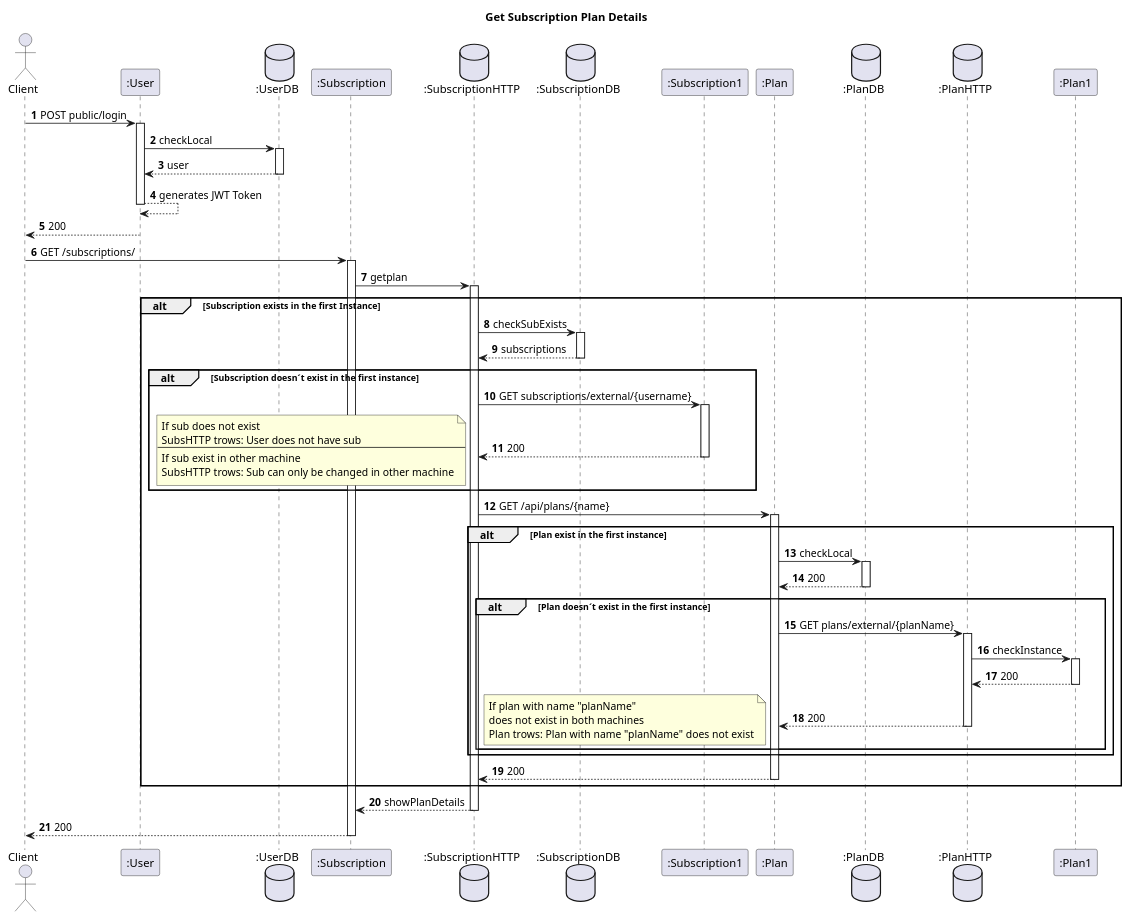
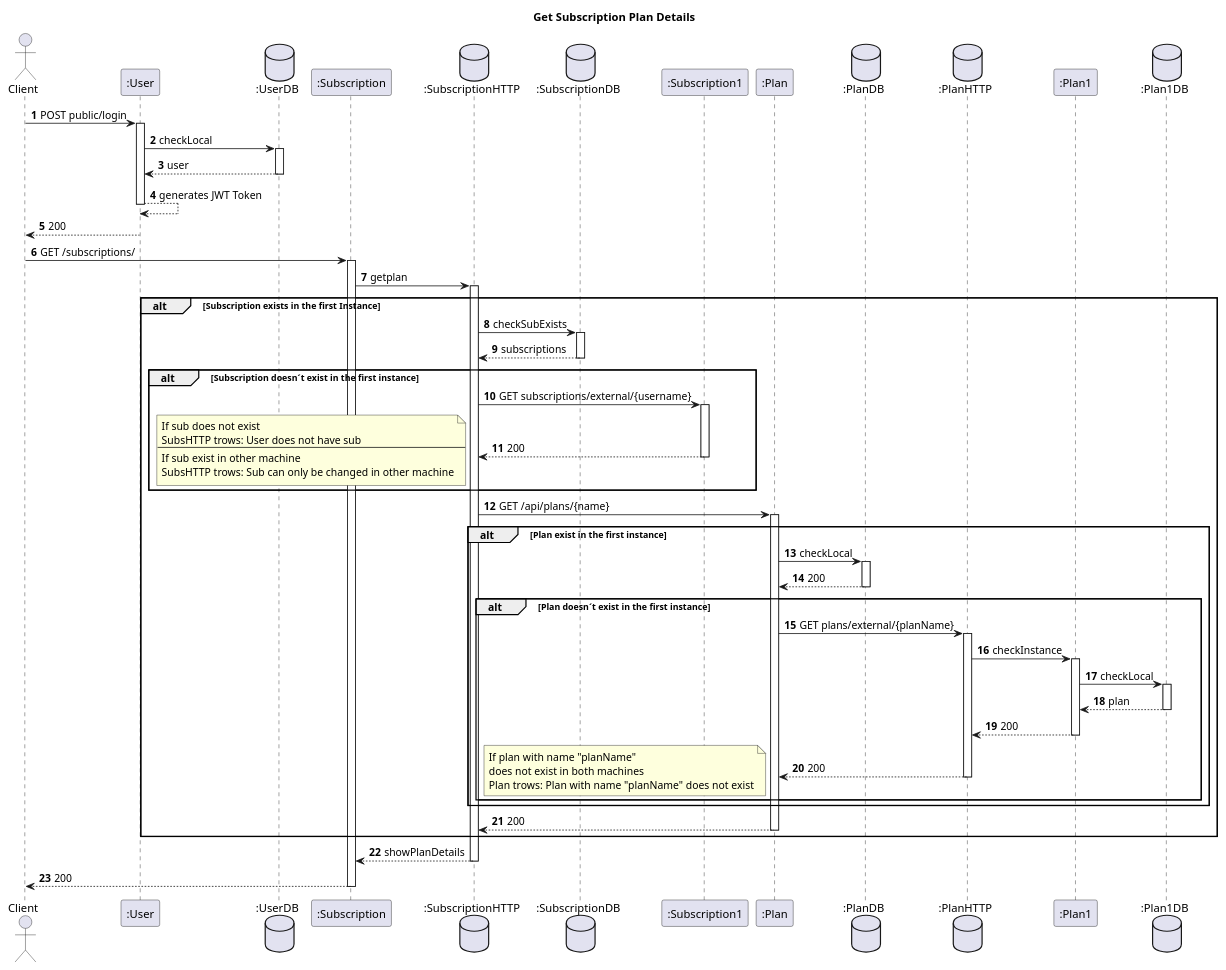
The diagram in docs_sidis/Subs/Vista Logica/N3/GetsSubsPlanInfo.puml (IsepMartimOliveira/SIDIS), drawn with PlantUML before and after one commit. The commit also changed 2 other files, not shown here.

```diff
--- a/docs_sidis/Subs/Vista Logica/N3/GetsSubsPlanInfo.puml
+++ b/docs_sidis/Subs/Vista Logica/N3/GetsSubsPlanInfo.puml
@@ -1,73 +1,76 @@
 @startuml
 'https://plantuml.com/sequence-diagram
 autoactivate on
 autonumber
 title Get Subscription Plan Details
 
 autonumber
 
 actor "Client" as Ac
 
 participant ":User" as User
 database ":UserDB" as Udb
 
 participant ":Subscription" as Auth
 database ":SubscriptionHTTP" as SHTTP
 
 database ":SubscriptionDB" as SDB
 participant ":Subscription1" as Serv
 participant ":Plan" as Plan
 database ":PlanDB" as PDB
 database ":PlanHTTP" as PHTTP
 participant ":Plan1" as Plan1
+database ":Plan1DB" as Plan1DB
 
 Ac->User: POST public/login
 User->Udb:checkLocal
 Udb-->User:user
 User-->User:generates JWT Token
 User-->Ac:200
 
 
 
 Ac->Auth:   GET /subscriptions/
 Auth->SHTTP: getplan
 
 
 alt Subscription exists in the first Instance
 SHTTP->SDB:checkSubExists
 SDB-->SHTTP:subscriptions
 alt Subscription doesn´t exist in the first instance
 SHTTP->Serv:GET subscriptions/external/{username}
 Serv-->SHTTP:200
 note left
 If sub does not exist
 SubsHTTP trows: User does not have sub
 --
 If sub exist in other machine
 SubsHTTP trows: Sub can only be changed in other machine
 end note
 end
 SHTTP->Plan:GET /api/plans/{name}
 
 alt Plan exist in the first instance
 Plan->PDB:checkLocal
 PDB-->Plan:200
 alt Plan doesn´t exist in the first instance
 Plan->PHTTP:GET plans/external/{planName}
 PHTTP->Plan1:checkInstance
+Plan1->Plan1DB:checkLocal
+Plan1DB-->Plan1:plan
 Plan1-->PHTTP:200
 PHTTP-->Plan:200
 note left
 If plan with name "planName"
 does not exist in both machines
 Plan trows: Plan with name "planName" does not exist
 end note
 end
 end
 Plan-->SHTTP:200
 end
 
 SHTTP-->Auth:showPlanDetails
 
 Auth-->Ac:200
 @enduml
```
